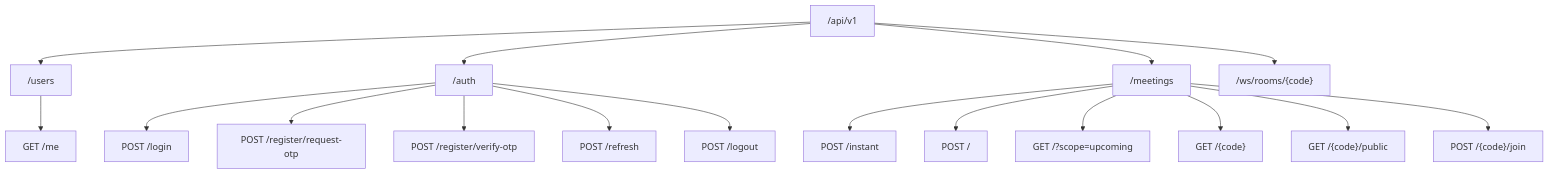
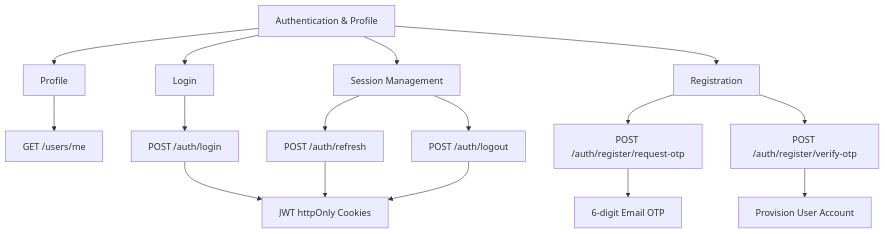
Before and after one commit to AnilKumt/zoom-clone: the sixth of 8 diagrams in README.md, drawn with Mermaid. The commit also changed other lines of this file and 3 other files, not shown here.

Commit message:
docs: restructure API architecture diagrams and add assets

````diff
--- a/README.md
+++ b/README.md
@@ -295,22 +328,31 @@
 ```mermaid
 graph TD
-    Root["/api/v1"]
-    Root --> Users["/users"]
-    Root --> Auth["/auth"]
-    Root --> Meetings["/meetings"]
-    Root --> WS["/ws/rooms/{code}"]
+    Auth["Authentication & Profile"]
 
-    Users --> U1["GET /me"]
-    Auth --> A1["POST /login"]
-    Auth --> A2["POST /register/request-otp"]
-    Auth --> A3["POST /register/verify-otp"]
-    Auth --> A4["POST /refresh"]
-    Auth --> A5["POST /logout"]
+    Profile["Profile"]
+    Login["Login"]
+    Register["Registration"]
+    Session["Session Management"]
 
-    Meetings --> M1["POST /instant"]
-    Meetings --> M2["POST /"]
-    Meetings --> M3["GET /?scope=upcoming"]
-    Meetings --> M4["GET /{code}"]
-    Meetings --> M5["GET /{code}/public"]
-    Meetings --> M6["POST /{code}/join"]
+    Auth --> Profile
+    Auth --> Login
+    Auth --> Register
+    Auth --> Session
+
+    Profile --> P1["GET /users/me"]
+
+    Login --> L1["POST /auth/login"]
+
+    Register --> R1["POST /auth/register/request-otp"]
+    Register --> R2["POST /auth/register/verify-otp"]
+
+    Session --> S1["POST /auth/refresh"]
+    Session --> S2["POST /auth/logout"]
+
+    R1 --> OTP["6-digit Email OTP"]
+    R2 --> User["Provision User Account"]
+
+    L1 --> Cookies["JWT httpOnly Cookies"]
+    S1 --> Cookies
+    S2 --> Cookies
 ```
````
